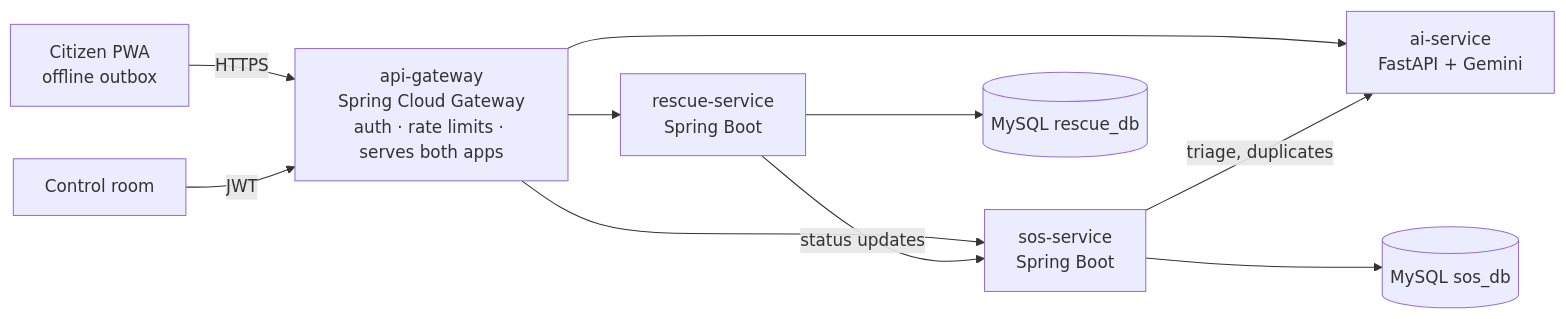
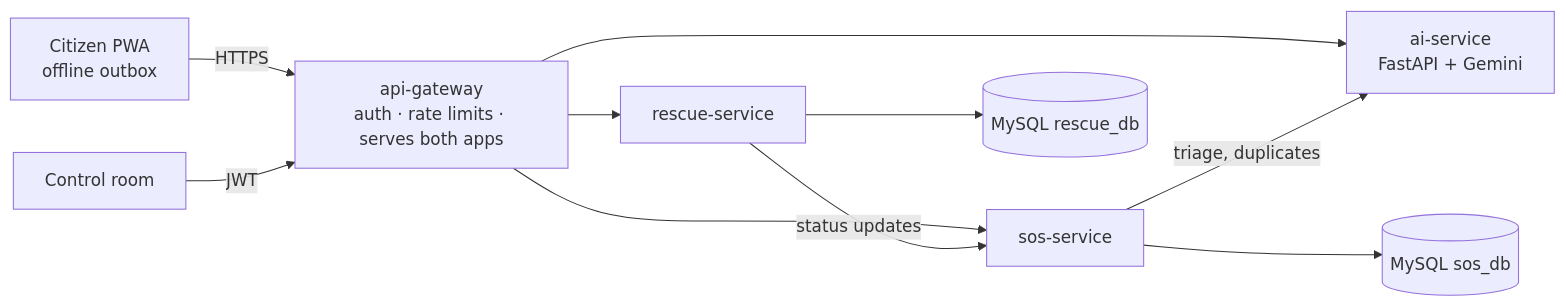
One commit to Aarohangit/northeast-connect changed the diagram in README.md. Above: the diagram before and after it, drawn with Mermaid. The commit also changed other lines of this file and 25 other files, not shown here.

````diff
--- a/README.md
+++ b/README.md
@@ -90,12 +60,12 @@
 ```mermaid
 flowchart LR
   C[Citizen PWA<br/>offline outbox] -->|HTTPS| G
   A[Control room] -->|JWT| G
-  G[api-gateway<br/>Spring Cloud Gateway<br/>auth · rate limits · serves both apps] --> S[sos-service<br/>Spring Boot]
-  G --> R[rescue-service<br/>Spring Boot]
+  G[api-gateway<br/>auth · rate limits · serves both apps] --> S[sos-service]
+  G --> R[rescue-service]
   G --> AI[ai-service<br/>FastAPI + Gemini]
   S -->|triage, duplicates| AI
   R -->|status updates| S
   S --> DB1[(MySQL sos_db)]
   R --> DB2[(MySQL rescue_db)]
 ```
````
